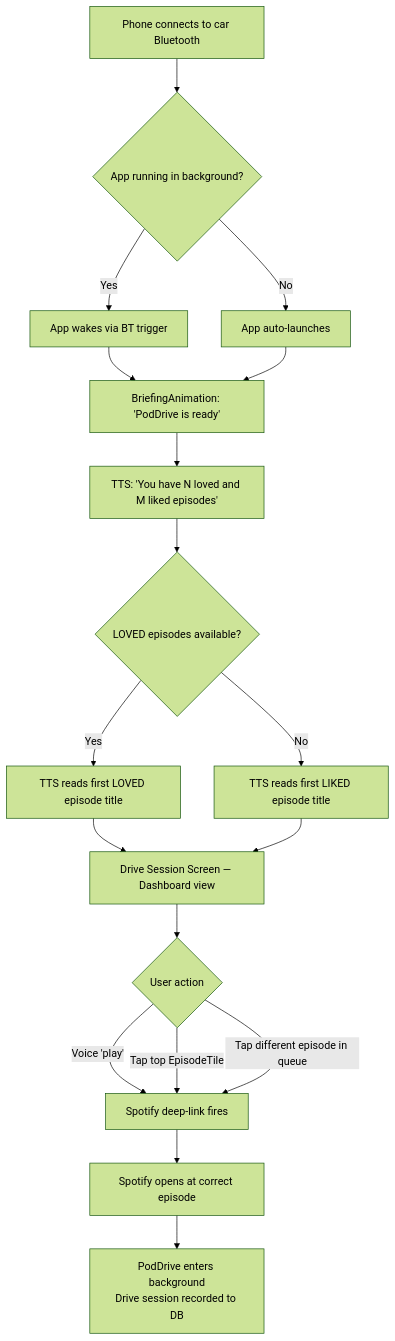
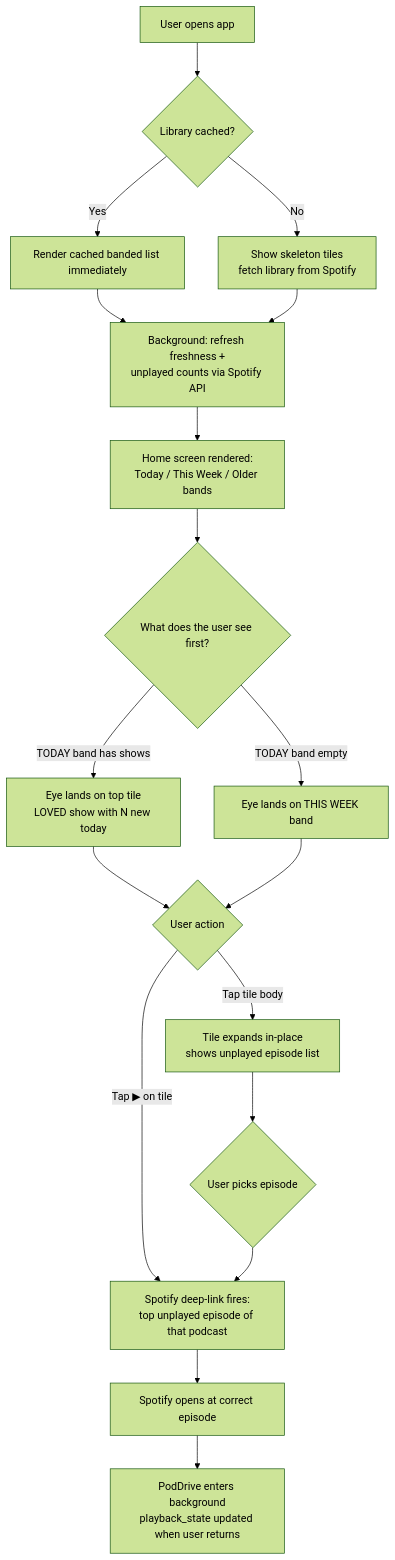
Before and after one commit to ddimitrelos/poddrive: the first of 5 diagrams in _bmad-output/planning-artifacts/ux-design-specification.md, drawn with Mermaid (forest theme). The commit also changed other lines of this file and 65 other files, not shown here.

````diff
--- a/_bmad-output/planning-artifacts/ux-design-specification.md
+++ b/_bmad-output/planning-artifacts/ux-design-specification.md
@@ -342,20 +462,20 @@
 ```mermaid
 flowchart TD
-    A[Phone connects to car Bluetooth] --> B{App running in background?}
-    B -- Yes --> C[App wakes via BT trigger]
-    B -- No --> D[App auto-launches]
-    C --> E[BriefingAnimation: 'PodDrive is ready']
+    A[User opens app] --> B{Library cached?}
+    B -- Yes --> C[Render cached banded list immediately]
+    B -- No --> D[Show skeleton tiles<br/>fetch library from Spotify]
+    C --> E[Background: refresh freshness +<br/>unplayed counts via Spotify API]
     D --> E
-    E --> F[TTS: 'You have N loved and M liked episodes']
-    F --> G{LOVED episodes available?}
-    G -- Yes --> H[TTS reads first LOVED episode title]
-    G -- No --> I[TTS reads first LIKED episode title]
-    H --> J[Drive Session Screen — Dashboard view]
+    E --> F[Home screen rendered:<br/>Today / This Week / Older bands]
+    F --> G{What does the user see first?}
+    G -- "TODAY band has shows" --> H[Eye lands on top tile<br/>LOVED show with N new today]
+    G -- "TODAY band empty" --> I[Eye lands on THIS WEEK band]
+    H --> J{User action}
     I --> J
-    J --> K{User action}
-    K -- Voice 'play' --> L[Spotify deep-link fires]
-    K -- Tap top EpisodeTile --> L
-    K -- Tap different episode in queue --> L
-    L --> M[Spotify opens at correct episode]
-    M --> N[PodDrive enters background\nDrive session recorded to DB]
+    J -- Tap ▶ on tile --> K[Spotify deep-link fires:<br/>top unplayed episode of that podcast]
+    J -- Tap tile body --> L[Tile expands in-place<br/>shows unplayed episode list]
+    L --> M{User picks episode}
+    M --> K
+    K --> N[Spotify opens at correct episode]
+    N --> O[PodDrive enters background<br/>playback_state updated when user returns]
 ```
````
